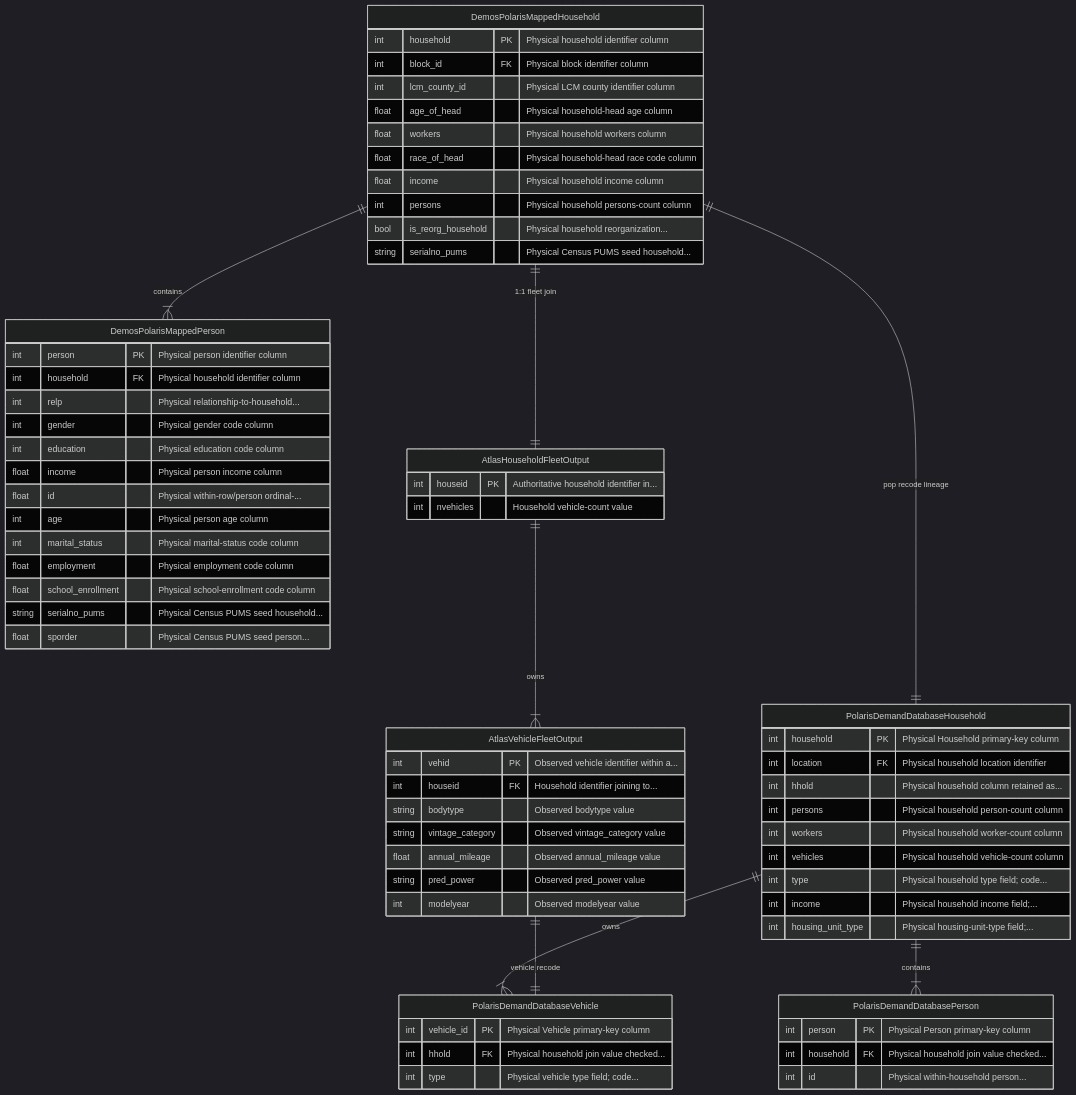
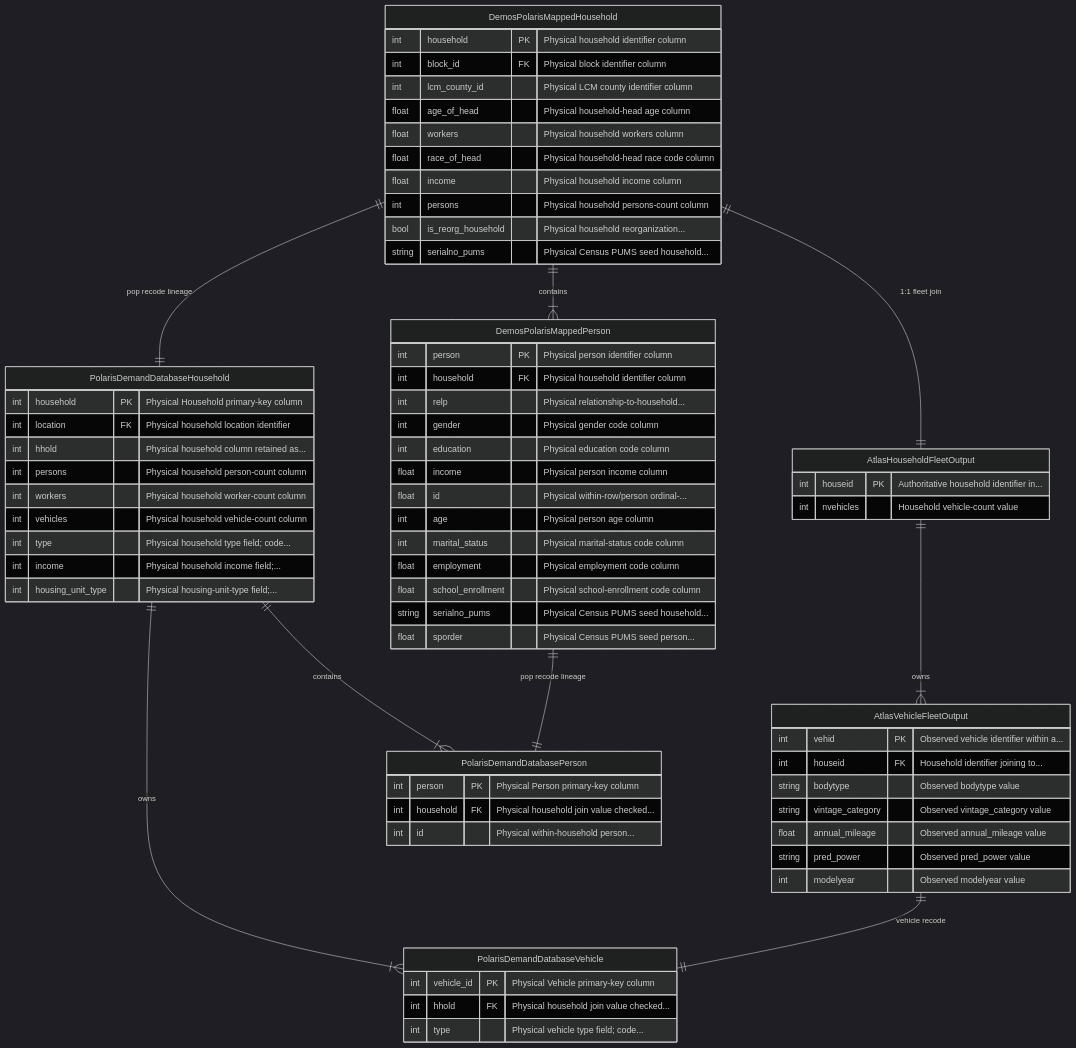
The first of 5 diagrams in docs/cross-model-mappings/interactive-schema.md (LBNL-UCB-STI/synergy-schema), drawn with Mermaid (dark theme) before and after one commit. The commit also changed other lines of this file and 5 other files, not shown here.

Commit message:
feat: ensure relational correctness in ERDs, add person lineage, and fix CI export

````diff
--- a/docs/cross-model-mappings/interactive-schema.md
+++ b/docs/cross-model-mappings/interactive-schema.md
@@ -13,80 +13,80 @@
 ```mermaid
 erDiagram
-    direction TB
     DemosPolarisMappedHousehold ||--|{ DemosPolarisMappedPerson : "contains"
     AtlasHouseholdFleetOutput ||--|{ AtlasVehicleFleetOutput : "owns"
     PolarisDemandDatabaseHousehold ||--|{ PolarisDemandDatabasePerson : "contains"
     PolarisDemandDatabaseHousehold ||--|{ PolarisDemandDatabaseVehicle : "owns"
     DemosPolarisMappedHousehold ||--|| AtlasHouseholdFleetOutput : "1:1 fleet join"
     DemosPolarisMappedHousehold ||--|| PolarisDemandDatabaseHousehold : "pop recode lineage"
+    DemosPolarisMappedPerson ||--|| PolarisDemandDatabasePerson : "pop recode lineage"
     AtlasVehicleFleetOutput ||--|| PolarisDemandDatabaseVehicle : "vehicle recode"
 
     AtlasHouseholdFleetOutput {
         int houseid PK "Authoritative household identifier in..."
         int nvehicles "Household vehicle-count value"
     }
 
     AtlasVehicleFleetOutput {
         int vehid PK "Observed vehicle identifier within a..."
         int houseid FK "Household identifier joining to..."
         string bodytype "Observed bodytype value"
         string vintage_category "Observed vintage_category value"
         float annual_mileage "Observed annual_mileage value"
         string pred_power "Observed pred_power value"
         int modelyear "Observed modelyear value"
     }
 
     DemosPolarisMappedHousehold {
         int household PK "Physical household identifier column"
         int block_id FK "Physical block identifier column"
         int lcm_county_id "Physical LCM county identifier column"
         float age_of_head "Physical household-head age column"
         float workers "Physical household workers column"
         float race_of_head "Physical household-head race code column"
         float income "Physical household income column"
         int persons "Physical household persons-count column"
         bool is_reorg_household "Physical household reorganization..."
         string serialno_pums "Physical Census PUMS seed household..."
     }
 
     DemosPolarisMappedPerson {
         int person PK "Physical person identifier column"
         int household FK "Physical household identifier column"
         int relp "Physical relationship-to-household..."
         int gender "Physical gender code column"
         int education "Physical education code column"
         float income "Physical person income column"
         float id "Physical within-row/person ordinal-..."
         int age "Physical person age column"
         int marital_status "Physical marital-status code column"
         float employment "Physical employment code column"
         float school_enrollment "Physical school-enrollment code column"
         string serialno_pums "Physical Census PUMS seed household..."
         float sporder "Physical Census PUMS seed person..."
     }
 
     PolarisDemandDatabaseHousehold {
         int household PK "Physical Household primary-key column"
         int location FK "Physical household location identifier"
         int hhold "Physical household column retained as..."
         int persons "Physical household person-count column"
         int workers "Physical household worker-count column"
         int vehicles "Physical household vehicle-count column"
         int type "Physical household type field; code..."
         int income "Physical household income field;..."
         int housing_unit_type "Physical housing-unit-type field;..."
     }
 
     PolarisDemandDatabasePerson {
         int person PK "Physical Person primary-key column"
         int household FK "Physical household join value checked..."
         int id "Physical within-household person..."
     }
 
     PolarisDemandDatabaseVehicle {
         int vehicle_id PK "Physical Vehicle primary-key column"
         int hhold FK "Physical household join value checked..."
         int type "Physical vehicle type field; code..."
     }
 
 ```
````
